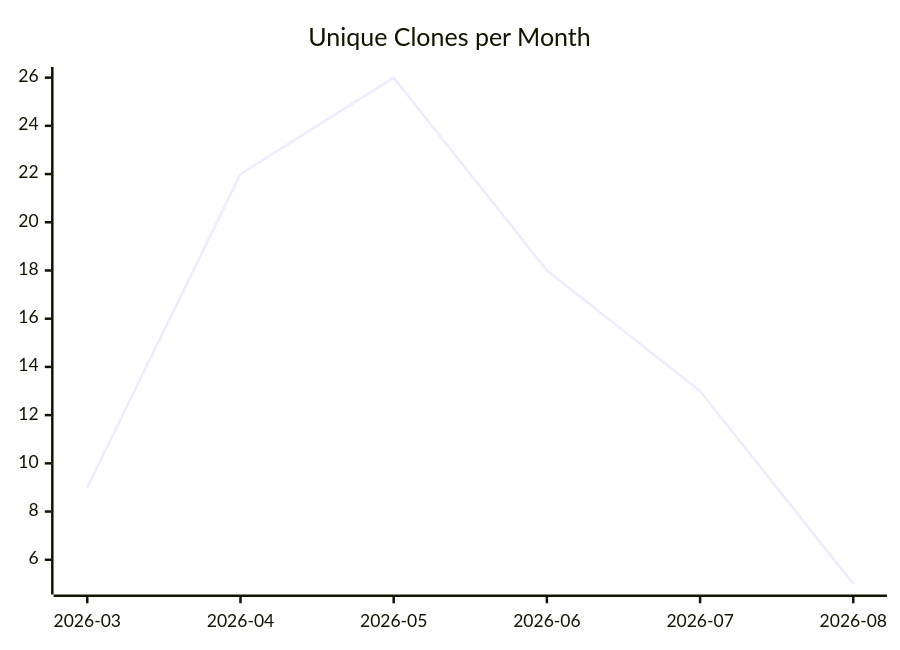
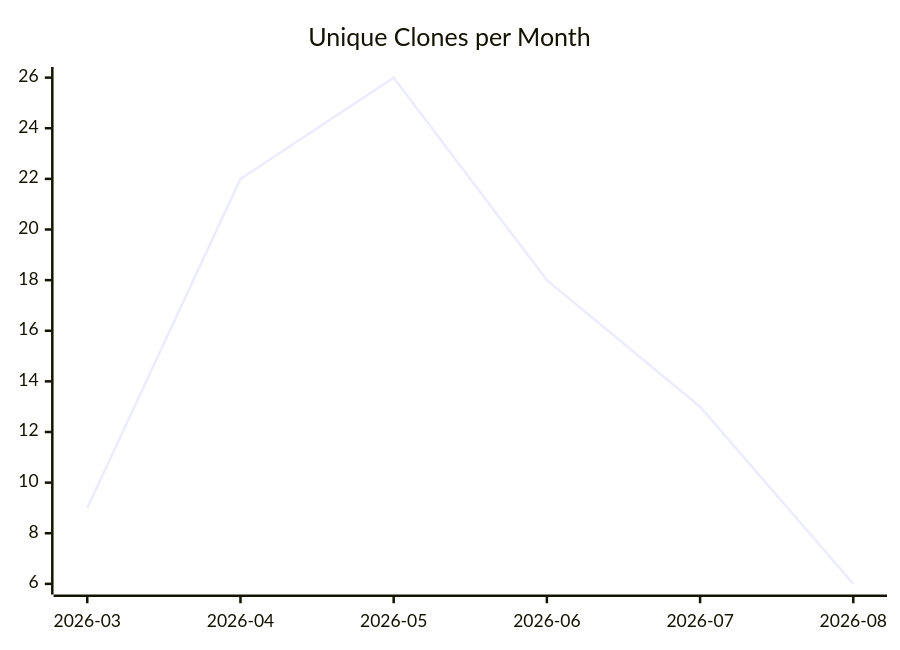
One commit to justdavis-family/github-analytics-data changed the third of 3 diagrams in karlmdavis/lego-ev3dev-rs/README.md. Above: the diagram before and after it, drawn with Mermaid. The commit also changed other lines of this file and 174 other files, not shown here.

````diff
--- a/karlmdavis/lego-ev3dev-rs/README.md
+++ b/karlmdavis/lego-ev3dev-rs/README.md
@@ -19,6 +19,6 @@
 ```mermaid
 xychart-beta
   title "Unique Clones per Month"
   x-axis ["2026-03", "2026-04", "2026-05", "2026-06", "2026-07", "2026-08"]
-  line [9, 22, 26, 18, 13, 5]
+  line [9, 22, 26, 18, 13, 6]
 ```
````
